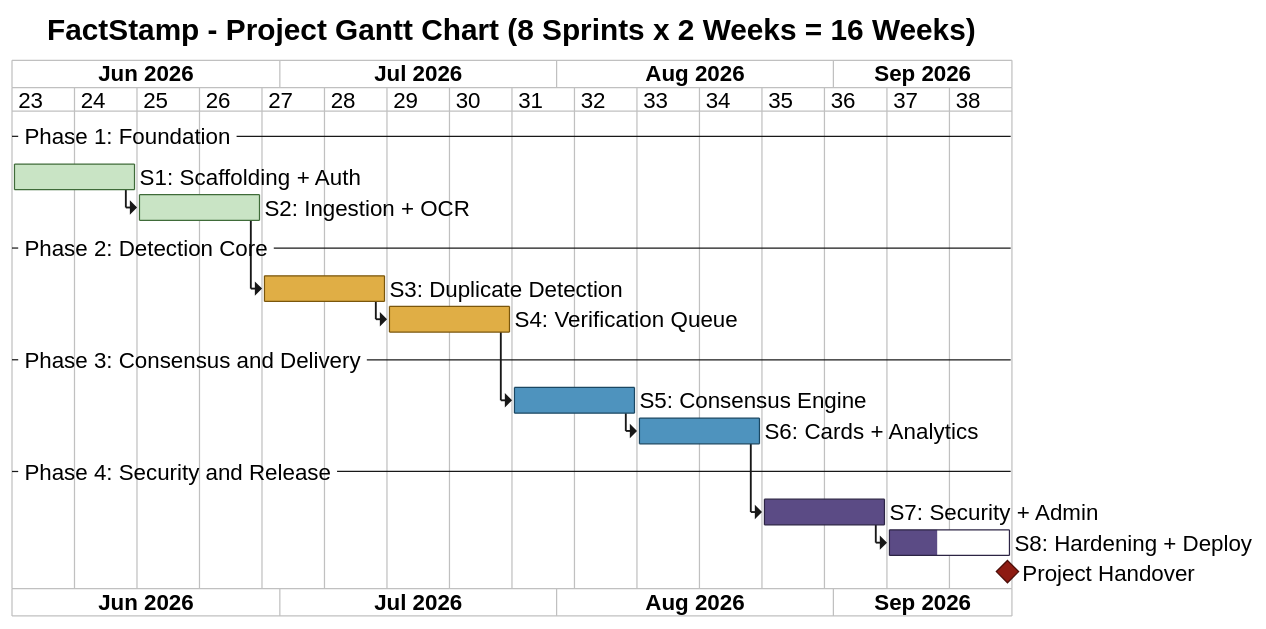
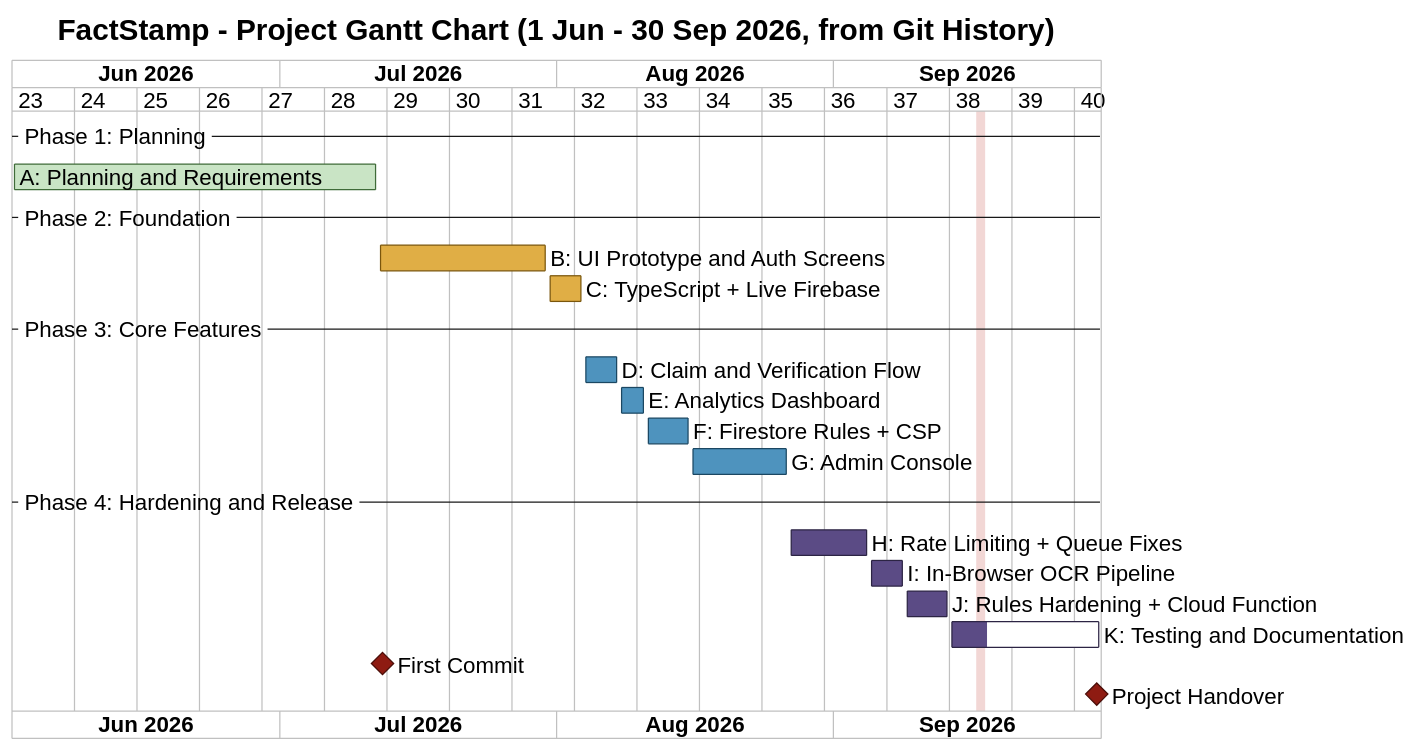
Before and after one commit to aadish0day/typst: the diagram in FactStamp/black_book_draft/03_Requirements_and_Analysis/attachments/gantt_chart.puml, drawn with PlantUML. The commit also changed other lines of this file and 52 other files, not shown here.

First line of the commit message:
docs(FactStamp): trim black book chapters and rebuild diagrams from code

```diff
--- a/FactStamp/black_book_draft/03_Requirements_and_Analysis/attachments/gantt_chart.puml
+++ b/FactStamp/black_book_draft/03_Requirements_and_Analysis/attachments/gantt_chart.puml
@@ -27,67 +30,73 @@
 @startgantt
 
 skinparam defaultFontName "Liberation Sans"
 skinparam defaultFontSize 18
 skinparam defaultFontStyle bold
 skinparam titleFontSize 24
 skinparam titleFontStyle bold
 skinparam taskBorderThickness 2
 
-title FactStamp - Project Gantt Chart (8 Sprints x 2 Weeks = 16 Weeks)
+title FactStamp - Project Gantt Chart (1 Jun - 30 Sep 2026, from Git History)
 
 printscale weekly
 Project starts 2026-06-01
 
--- Phase 1: Foundation --
+-- Phase 1: Planning --
 
-[S1: Scaffolding + Auth] lasts 14 days
-[S1: Scaffolding + Auth] is 100% complete
-[S1: Scaffolding + Auth] is colored in #C9E4C5/#3F6B39
+[A: Planning and Requirements] starts 2026-06-01 and ends 2026-07-11
+[A: Planning and Requirements] is 100% complete
+[A: Planning and Requirements] is colored in #C9E4C5/#3F6B39
 
-[S2: Ingestion + OCR] lasts 14 days
-[S2: Ingestion + OCR] starts at [S1: Scaffolding + Auth]'s end
-[S2: Ingestion + OCR] is 100% complete
-[S2: Ingestion + OCR] is colored in #C9E4C5/#3F6B39
+-- Phase 2: Foundation --
 
--- Phase 2: Detection Core --
+[B: UI Prototype and Auth Screens] starts 2026-07-12 and ends 2026-07-30
+[B: UI Prototype and Auth Screens] is 100% complete
+[B: UI Prototype and Auth Screens] is colored in #E0AE45/#7A560C
 
-[S3: Duplicate Detection] lasts 14 days
-[S3: Duplicate Detection] starts at [S2: Ingestion + OCR]'s end
-[S3: Duplicate Detection] is 100% complete
-[S3: Duplicate Detection] is colored in #E0AE45/#7A560C
+[C: TypeScript + Live Firebase] starts 2026-07-31 and ends 2026-08-03
+[C: TypeScript + Live Firebase] is 100% complete
+[C: TypeScript + Live Firebase] is colored in #E0AE45/#7A560C
 
-[S4: Verification Queue] lasts 14 days
-[S4: Verification Queue] starts at [S3: Duplicate Detection]'s end
-[S4: Verification Queue] is 100% complete
-[S4: Verification Queue] is colored in #E0AE45/#7A560C
+-- Phase 3: Core Features --
 
--- Phase 3: Consensus and Delivery --
+[D: Claim and Verification Flow] starts 2026-08-04 and ends 2026-08-07
+[D: Claim and Verification Flow] is 100% complete
+[D: Claim and Verification Flow] is colored in #4E93BE/#1B4762
 
-[S5: Consensus Engine] lasts 14 days
-[S5: Consensus Engine] starts at [S4: Verification Queue]'s end
-[S5: Consensus Engine] is 100% complete
-[S5: Consensus Engine] is colored in #4E93BE/#1B4762
+[E: Analytics Dashboard] starts 2026-08-08 and ends 2026-08-10
+[E: Analytics Dashboard] is 100% complete
+[E: Analytics Dashboard] is colored in #4E93BE/#1B4762
 
-[S6: Cards + Analytics] lasts 14 days
-[S6: Cards + Analytics] starts at [S5: Consensus Engine]'s end
-[S6: Cards + Analytics] is 100% complete
-[S6: Cards + Analytics] is colored in #4E93BE/#1B4762
+[F: Firestore Rules + CSP] starts 2026-08-11 and ends 2026-08-15
+[F: Firestore Rules + CSP] is 100% complete
+[F: Firestore Rules + CSP] is colored in #4E93BE/#1B4762
 
--- Phase 4: Security and Release --
+[G: Admin Console] starts 2026-08-16 and ends 2026-08-26
+[G: Admin Console] is 100% complete
+[G: Admin Console] is colored in #4E93BE/#1B4762
 
-[S7: Security + Admin] lasts 14 days
-[S7: Security + Admin] starts at [S6: Cards + Analytics]'s end
-[S7: Security + Admin] is 100% complete
-[S7: Security + Admin] is colored in #5B4B85/#2C2444
+-- Phase 4: Hardening and Release --
 
-' S8 is the only sprint still in flight: same Phase 4 indigo, but only 40% of
-' the bar is filled, leaving the remainder white.
-[S8: Hardening + Deploy] lasts 14 days
-[S8: Hardening + Deploy] starts at [S7: Security + Admin]'s end
-[S8: Hardening + Deploy] is 40% complete
-[S8: Hardening + Deploy] is colored in #5B4B85/#2C2444
+[H: Rate Limiting + Queue Fixes] starts 2026-08-27 and ends 2026-09-04
+[H: Rate Limiting + Queue Fixes] is 100% complete
+[H: Rate Limiting + Queue Fixes] is colored in #5B4B85/#2C2444
 
-[Project Handover] happens at [S8: Hardening + Deploy]'s end
+[I: In-Browser OCR Pipeline] starts 2026-09-05 and ends 2026-09-08
+[I: In-Browser OCR Pipeline] is 100% complete
+[I: In-Browser OCR Pipeline] is colored in #5B4B85/#2C2444
+
+[J: Rules Hardening + Cloud Function] starts 2026-09-09 and ends 2026-09-13
+[J: Rules Hardening + Cloud Function] is 100% complete
+[J: Rules Hardening + Cloud Function] is colored in #5B4B85/#2C2444
+
+[K: Testing and Documentation] starts 2026-09-14 and ends 2026-09-30
+[K: Testing and Documentation] is 24% complete
+[K: Testing and Documentation] is colored in #5B4B85/#2C2444
+
+[First Commit] happens 2026-07-12
+[First Commit] is colored in #8E1B12/#4A0D08
+[Project Handover] happens 2026-09-30
 [Project Handover] is colored in #8E1B12/#4A0D08
+Today is 2026-09-17 and is colored in #F2D7D5
 
 @endgantt
```
